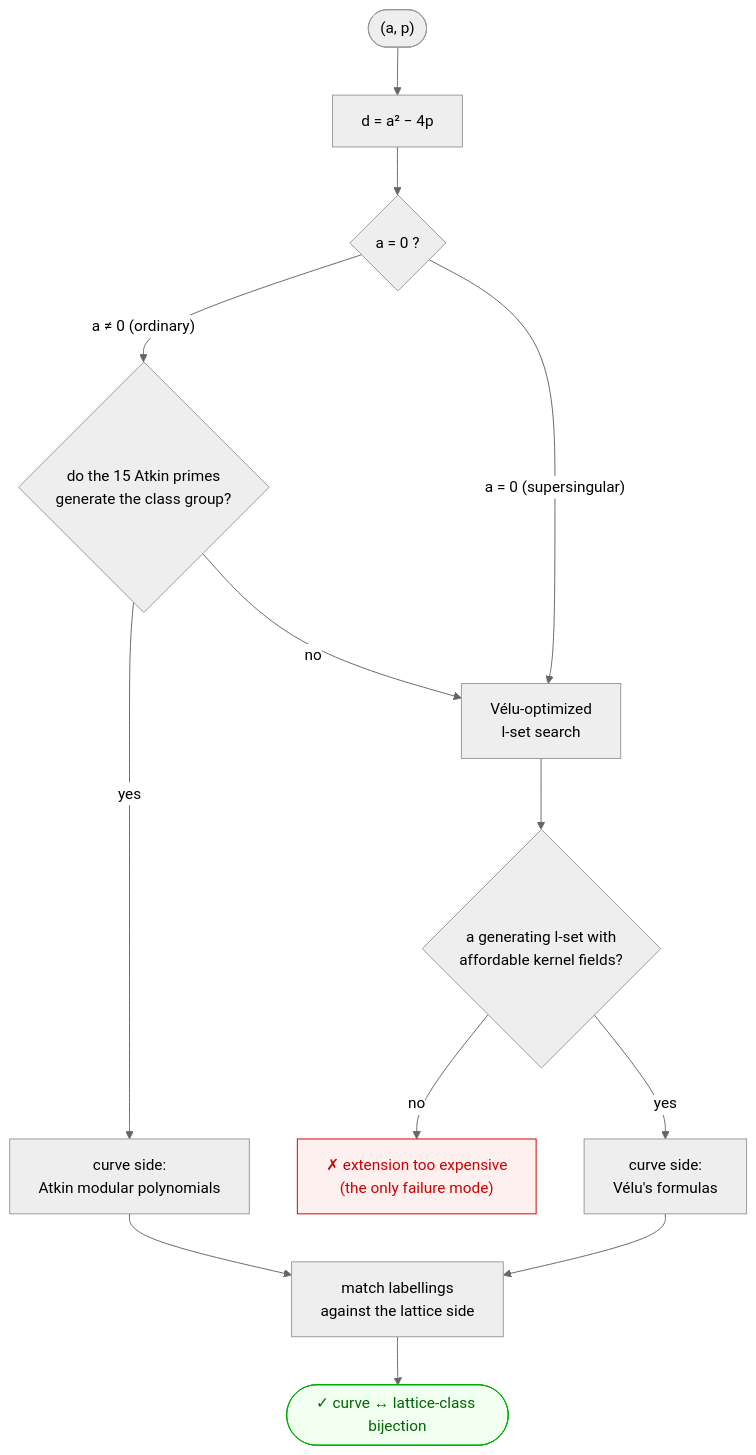
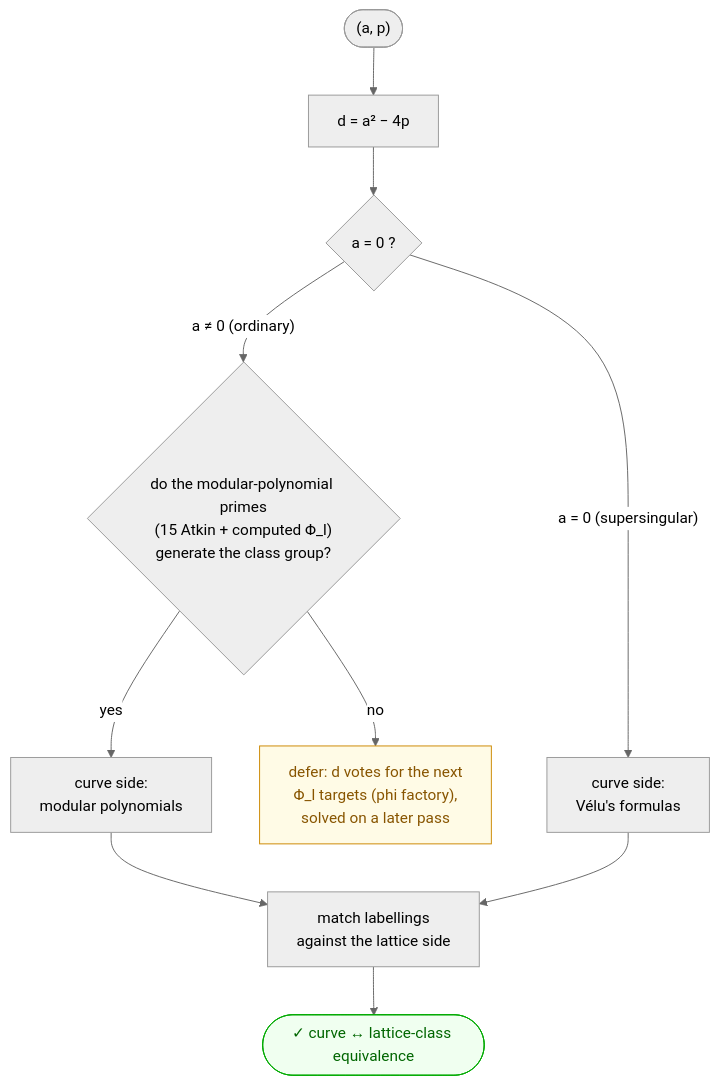
Before and after one commit to nhajouji/ecfplat: the diagram in README.md, drawn with Mermaid (neutral theme). The commit also changed other lines of this file, not shown here.

First line of the commit message:
README: equivalence-of-categories terminology, new pipeline, inventory

````diff
--- a/README.md
+++ b/README.md
@@ -21,19 +21,16 @@
 ```mermaid
 flowchart TD
     A(["(a, p)"]) --> B["d = a² − 4p"]
     B --> C{"a = 0 ?"}
-    C -- "a ≠ 0 (ordinary)" --> O{"do the 15 Atkin primes<br/>generate the class group?"}
-    O -- "yes" --> AT["curve side:<br/>Atkin modular polynomials"]
-    O -- "no" --> V["Vélu-optimized<br/>l-set search"]
-    C -- "a = 0 (supersingular)" --> V
-    V --> K{"a generating l-set with<br/>affordable kernel fields?"}
-    K -- "no" --> X["✗ extension too expensive<br/>(the only failure mode)"]
-    K -- "yes" --> VD["curve side:<br/>Vélu's formulas"]
+    C -- "a ≠ 0 (ordinary)" --> O{"do the modular-polynomial primes<br/>(15 Atkin + computed Φ_l)<br/>generate the class group?"}
+    O -- "yes" --> AT["curve side:<br/>modular polynomials"]
+    O -- "no" --> D["defer: d votes for the next<br/>Φ_l targets (phi factory),<br/>solved on a later pass"]
+    C -- "a = 0 (supersingular)" --> V["curve side:<br/>Vélu's formulas"]
     AT --> M["match labellings<br/>against the lattice side"]
-    VD --> M
-    M --> Z(["✓ curve ↔ lattice-class bijection"])
-    classDef fail fill:#fff0f0,stroke:#cc0000,color:#cc0000;
+    V --> M
+    M --> Z(["✓ curve ↔ lattice-class equivalence"])
+    classDef defer fill:#fffbe6,stroke:#cc8800,color:#885500;
     classDef done fill:#f0fff0,stroke:#00aa00,color:#006600;
-    class X fail;
+    class D defer;
     class Z done;
 ```
````
